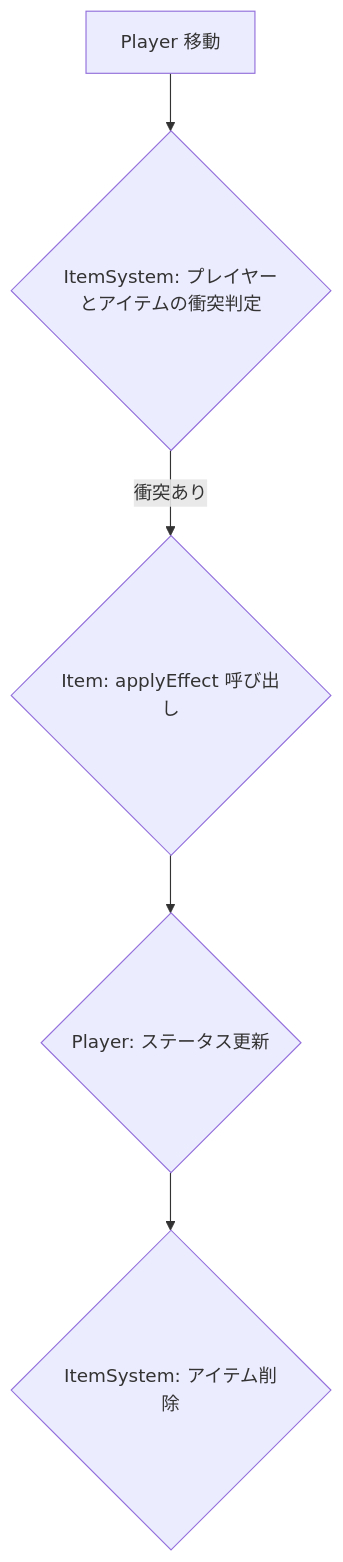
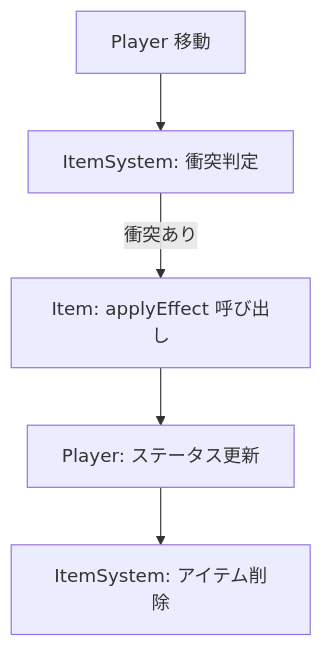
One commit to mirenn/VampireDungeon changed the third of 4 diagrams in docs/architecture.md. Above: the diagram before and after it, drawn with Mermaid. The commit also changed other lines of this file, not shown here.

Commit message:
PlayerSystemおよびEnemySystemのフローチャートを可読性向上のために修正

````diff
--- a/docs/architecture.md
+++ b/docs/architecture.md
@@ -248,7 +248,7 @@
 ```mermaid
 graph TD
-    A[Player 移動] --> B{ItemSystem: プレイヤーとアイテムの衝突判定};
-    B -- 衝突あり --> C{Item: applyEffect 呼び出し};
-    C --> D{Player: ステータス更新};
-    D --> E{ItemSystem: アイテム削除};
+    A[Player 移動] --> B[ItemSystem: 衝突判定]
+    B --> |衝突あり| C[Item: applyEffect 呼び出し]
+    C --> D[Player: ステータス更新]
+    D --> E[ItemSystem: アイテム削除]
 ```
````
